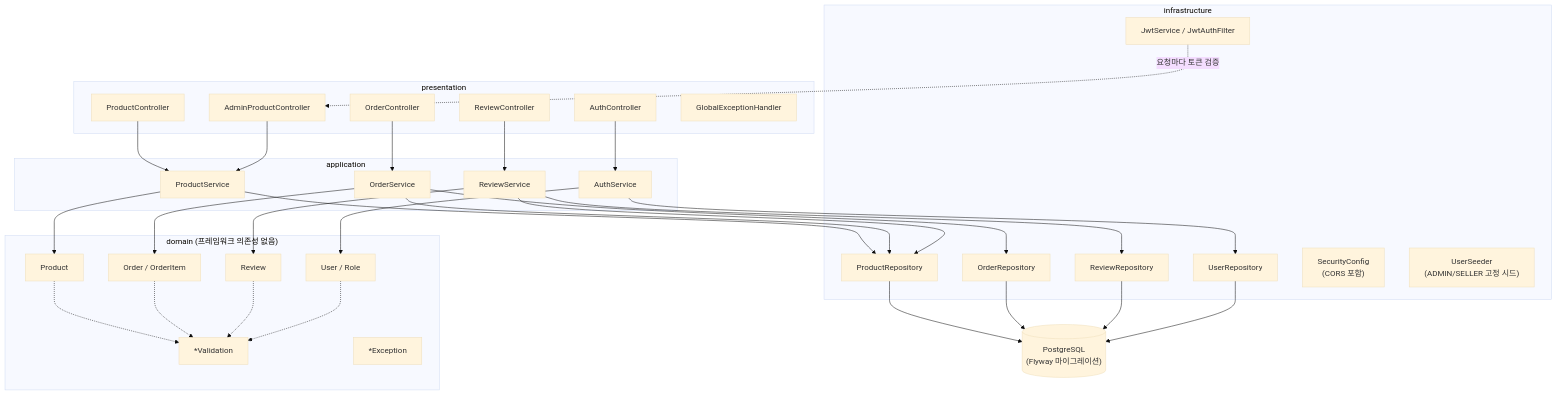
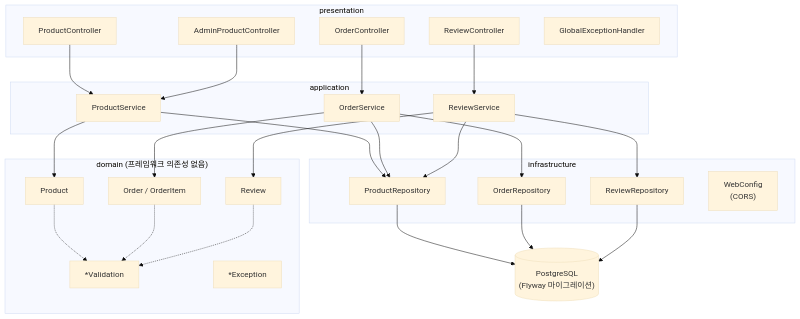
Before and after one commit to rlaalsdn0421/shop: the second of 5 diagrams in README.md, drawn with Mermaid (base theme). The commit also changed other lines of this file, not shown here.

````diff
--- a/README.md
+++ b/README.md
@@ -49,59 +49,47 @@
 ```mermaid
 graph TD
   subgraph presentation["presentation"]
     PC["ProductController"]
     OC["OrderController"]
     RC["ReviewController"]
     AC["AdminProductController"]
-    AuthC["AuthController"]
     GEH["GlobalExceptionHandler"]
   end
   subgraph application["application"]
     PS["ProductService"]
     OS["OrderService"]
     RS["ReviewService"]
-    AuthS["AuthService"]
   end
   subgraph domain["domain (프레임워크 의존성 없음)"]
     Pd["Product"]
     Od["Order / OrderItem"]
     Rd["Review"]
-    Ud["User / Role"]
     Val["*Validation"]
     Exc["*Exception"]
   end
   subgraph infrastructure["infrastructure"]
     PR["ProductRepository"]
     OR["OrderRepository"]
     RR["ReviewRepository"]
-    UR["UserRepository"]
-    Sec["SecurityConfig<br/>(CORS 포함)"]
-    Jwt["JwtService / JwtAuthFilter"]
-    Seed["UserSeeder<br/>(ADMIN/SELLER 고정 시드)"]
+    Web["WebConfig<br/>(CORS)"]
   end
 
   PC --> PS
   OC --> OS
   RC --> RS
   AC --> PS
-  AuthC --> AuthS
   PS --> Pd
   OS --> Od
   RS --> Rd
-  AuthS --> Ud
   Pd -.-> Val
   Od -.-> Val
   Rd -.-> Val
-  Ud -.-> Val
   PS --> PR
   OS --> OR
   OS --> PR
   RS --> RR
   RS --> PR
-  AuthS --> UR
-  Jwt -.->|"요청마다 토큰 검증"| AC
   PR --> DB[("PostgreSQL<br/>(Flyway 마이그레이션)")]
   OR --> DB
   RR --> DB
-  UR --> DB
 ```
````
